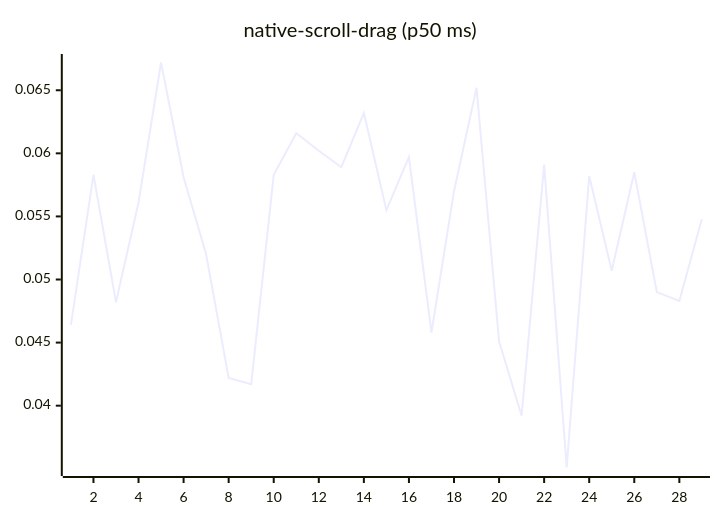
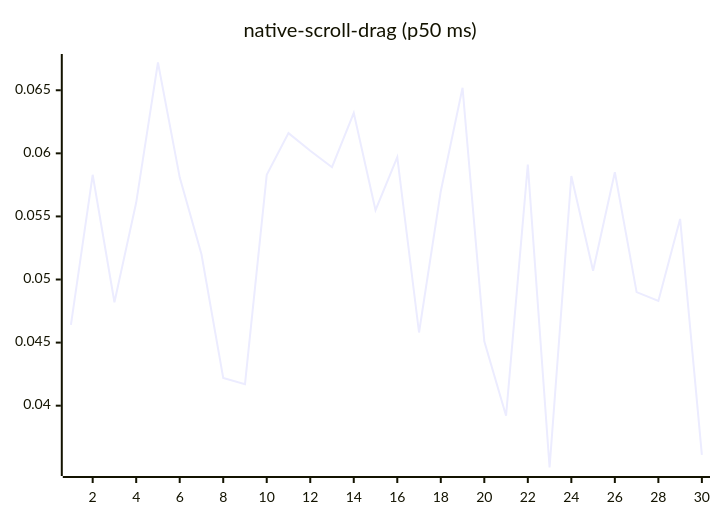
Before and after one commit to josha/Facet: diagram 14 of 27 in README.md, drawn with Mermaid. The commit also changed other lines of this file and 2 other files, not shown here.

````diff
--- a/README.md
+++ b/README.md
@@ -154,6 +154,6 @@
 ```mermaid
 xychart-beta
     title "native-scroll-drag (p50 ms)"
-    x-axis 1 --> 29
-    line [0.0464, 0.0583, 0.0482, 0.0561, 0.0672, 0.0581, 0.0520, 0.0422, 0.0417, 0.0583, 0.0616, 0.0602, 0.0589, 0.0632, 0.0555, 0.0597, 0.0458, 0.0570, 0.0652, 0.0451, 0.0392, 0.0591, 0.0351, 0.0582, 0.0507, 0.0585, 0.0490, 0.0483, 0.0548]
+    x-axis 1 --> 30
+    line [0.0464, 0.0583, 0.0482, 0.0561, 0.0672, 0.0581, 0.0520, 0.0422, 0.0417, 0.0583, 0.0616, 0.0602, 0.0589, 0.0632, 0.0555, 0.0597, 0.0458, 0.0570, 0.0652, 0.0451, 0.0392, 0.0591, 0.0351, 0.0582, 0.0507, 0.0585, 0.0490, 0.0483, 0.0548, 0.0361]
 ```
````
